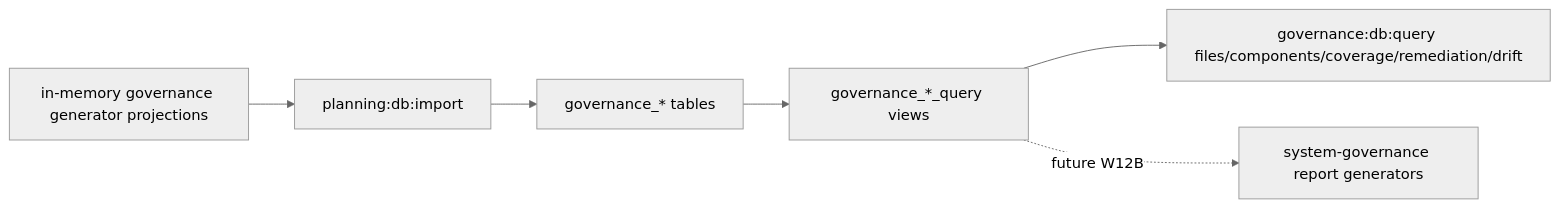
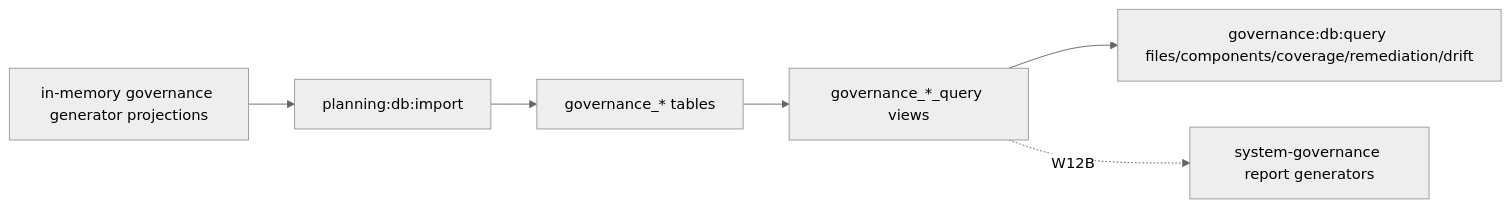
The ninth of 10 diagrams in docs/planning/proposals/mandatory/governance-and-docs/planning-state-query-store-plan-20260506.md (dunay2/dvt), drawn with Mermaid (neutral theme) before and after one commit. The commit also changed other lines of this file and 9 other files, not shown here.

Commit message:
feat(planner): Move governance reports to DB views

````diff
--- a/docs/planning/proposals/mandatory/governance-and-docs/planning-state-query-store-plan-20260506.md
+++ b/docs/planning/proposals/mandatory/governance-and-docs/planning-state-query-store-plan-20260506.md
@@ -1001,8 +1001,8 @@
 ```mermaid
 flowchart LR
   GeneratorProjections["in-memory governance generator projections"] --> Import["planning:db:import"]
   Import --> GovernanceTables["governance_* tables"]
   GovernanceTables --> QueryViews["governance_*_query views"]
   QueryViews --> GovernanceQuery["governance:db:query files/components/coverage/remediation/drift"]
-  QueryViews -. "future W12B" .-> ReportGenerators["system-governance report generators"]
+  QueryViews -. "W12B" .-> ReportGenerators["system-governance report generators"]
 ```
````
